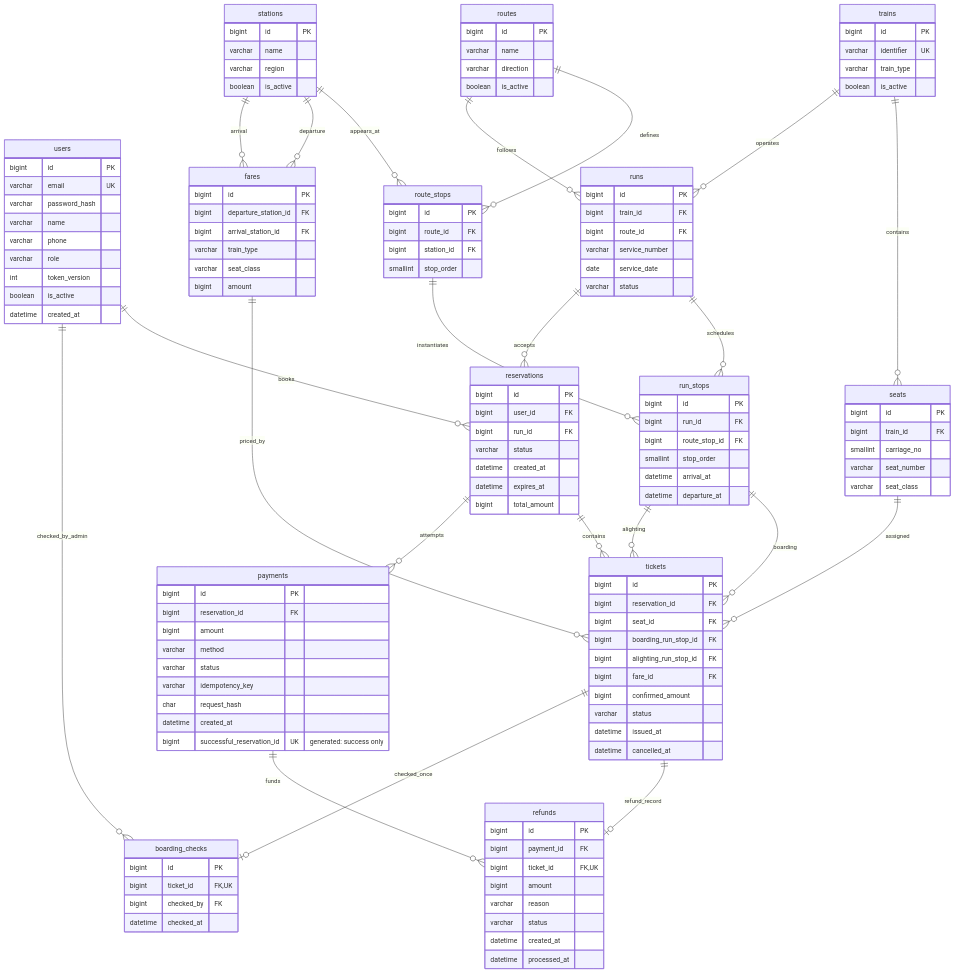
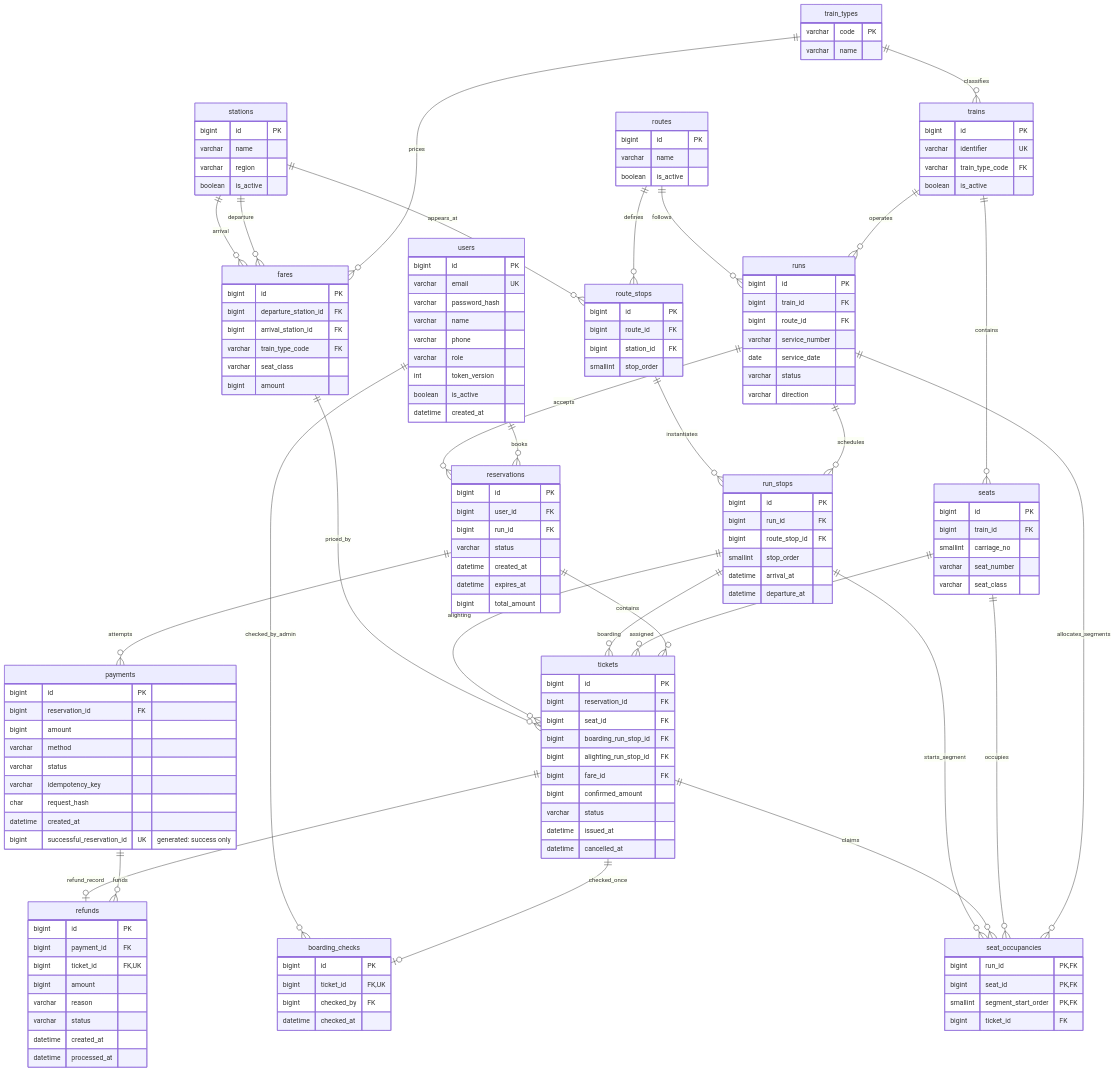
The diagram in docs/ERD.mmd (sasiljangnan2/Database-Project), drawn with Mermaid before and after one commit. The commit also changed 101 other files, not shown here.

```diff
--- a/docs/ERD.mmd
+++ b/docs/ERD.mmd
@@ -1,137 +1,154 @@
 erDiagram
+    train_types ||--o{ trains : classifies
+    train_types ||--o{ fares : prices
     users ||--o{ reservations : books
     trains ||--o{ seats : contains
     trains ||--o{ runs : operates
     routes ||--o{ route_stops : defines
     stations ||--o{ route_stops : appears_at
     routes ||--o{ runs : follows
     runs ||--o{ run_stops : schedules
     route_stops ||--o{ run_stops : instantiates
     stations ||--o{ fares : departure
     stations ||--o{ fares : arrival
     runs ||--o{ reservations : accepts
     reservations ||--o{ tickets : contains
     seats ||--o{ tickets : assigned
     run_stops ||--o{ tickets : boarding
     run_stops ||--o{ tickets : alighting
     fares ||--o{ tickets : priced_by
     reservations ||--o{ payments : attempts
     payments ||--o{ refunds : funds
     tickets ||--o| refunds : refund_record
     tickets ||--o| boarding_checks : checked_once
     users ||--o{ boarding_checks : checked_by_admin
+    runs ||--o{ seat_occupancies : allocates_segments
+    seats ||--o{ seat_occupancies : occupies
+    tickets ||--o{ seat_occupancies : claims
+    run_stops ||--o{ seat_occupancies : starts_segment
+
+    train_types {
+        varchar code PK
+        varchar name
+    }
 
     users {
         bigint id PK
         varchar email UK
         varchar password_hash
         varchar name
         varchar phone
         varchar role
         int token_version
         boolean is_active
         datetime created_at
     }
     stations {
         bigint id PK
         varchar name
         varchar region
         boolean is_active
     }
     trains {
         bigint id PK
         varchar identifier UK
-        varchar train_type
+        varchar train_type_code FK
         boolean is_active
     }
     seats {
         bigint id PK
         bigint train_id FK
         smallint carriage_no
         varchar seat_number
         varchar seat_class
     }
     routes {
         bigint id PK
         varchar name
-        varchar direction
         boolean is_active
     }
     route_stops {
         bigint id PK
         bigint route_id FK
         bigint station_id FK
         smallint stop_order
     }
     runs {
         bigint id PK
         bigint train_id FK
         bigint route_id FK
         varchar service_number
         date service_date
         varchar status
+        varchar direction
     }
     run_stops {
         bigint id PK
         bigint run_id FK
         bigint route_stop_id FK
         smallint stop_order
         datetime arrival_at
         datetime departure_at
     }
     fares {
         bigint id PK
         bigint departure_station_id FK
         bigint arrival_station_id FK
-        varchar train_type
+        varchar train_type_code FK
         varchar seat_class
         bigint amount
     }
     reservations {
         bigint id PK
         bigint user_id FK
         bigint run_id FK
         varchar status
         datetime created_at
         datetime expires_at
         bigint total_amount
     }
     tickets {
         bigint id PK
         bigint reservation_id FK
         bigint seat_id FK
         bigint boarding_run_stop_id FK
         bigint alighting_run_stop_id FK
         bigint fare_id FK
         bigint confirmed_amount
         varchar status
         datetime issued_at
         datetime cancelled_at
     }
     payments {
         bigint id PK
         bigint reservation_id FK
         bigint amount
         varchar method
         varchar status
         varchar idempotency_key
         char request_hash
         datetime created_at
         bigint successful_reservation_id UK "generated: success only"
     }
     refunds {
         bigint id PK
         bigint payment_id FK
         bigint ticket_id FK,UK
         bigint amount
         varchar reason
         varchar status
         datetime created_at
         datetime processed_at
     }
     boarding_checks {
         bigint id PK
         bigint ticket_id FK,UK
         bigint checked_by FK
         datetime checked_at
     }
+    seat_occupancies {
+        bigint run_id PK,FK
+        bigint seat_id PK,FK
+        smallint segment_start_order PK,FK
+        bigint ticket_id FK
+    }
```
